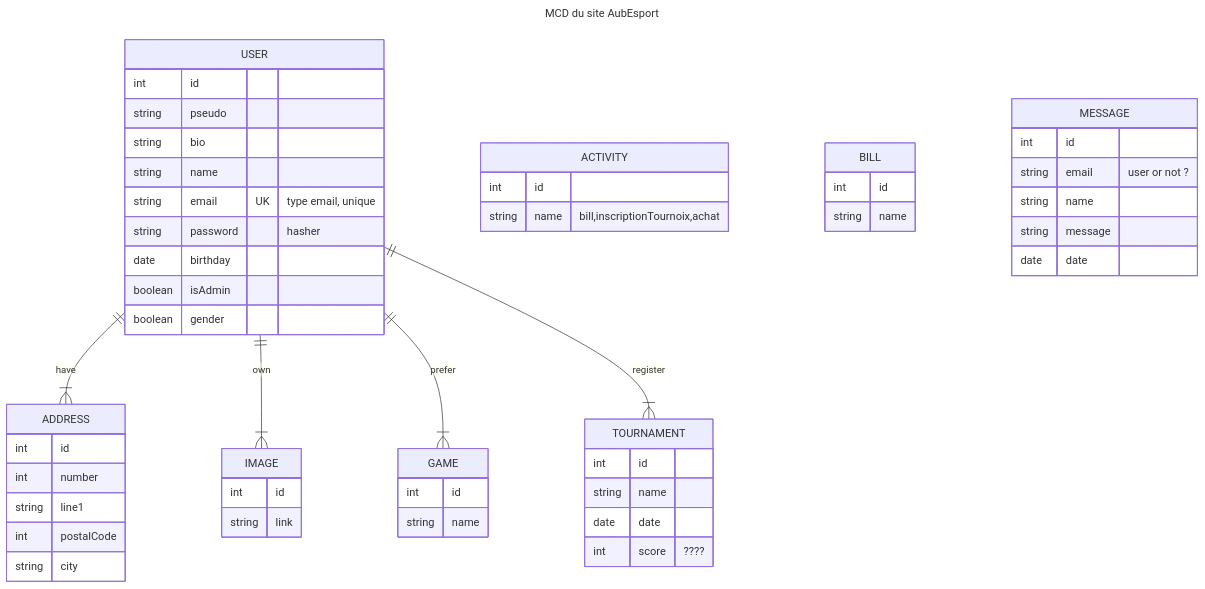
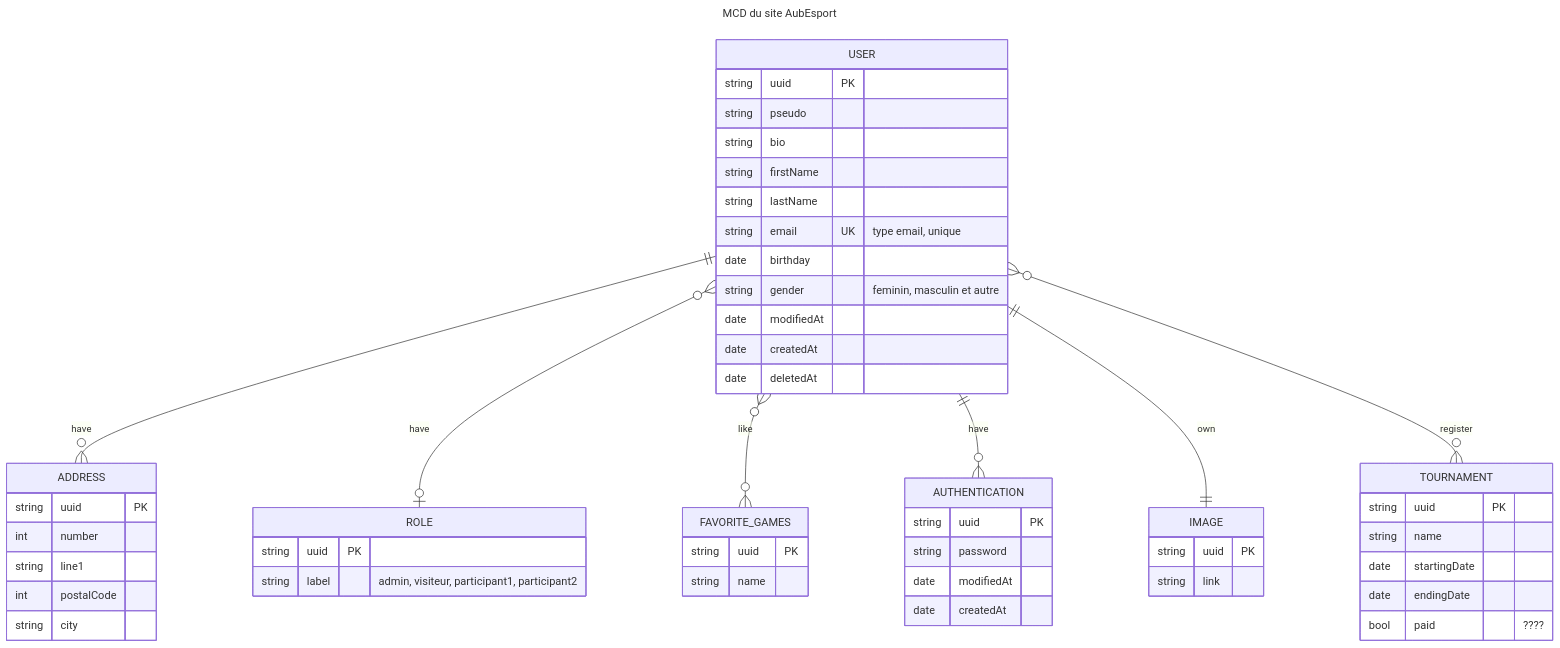
Before and after one commit to HueKhuc/Aubesport: the diagram in MCD.md, drawn with Mermaid.

````diff
--- a/MCD.md
+++ b/MCD.md
@@ -1,67 +1,70 @@
 ```mermaid
 ---
 title: MCD du site AubEsport
 ---
 erDiagram
-    USER ||--|{ ADDRESS : have
+    USER ||--o{ ADDRESS : have
     
+    USER }o--o| ROLE : have
+
+    ROLE {
+        string uuid PK
+        string label "admin, visiteur, participant1, participant2"
+    }
+
     USER {
-        int id
+        string uuid PK
         string pseudo
         string bio
-        string name
+        string firstName
+        string lastName
         string email UK "type email, unique"
-        string password "hasher"
         date birthday
-        boolean isAdmin
-        boolean gender
+        string gender "feminin, masculin et autre"
+        date modifiedAt
+        date createdAt
+        date deletedAt
     }
     
+    USER }o--o{ FAVORITE_GAMES : like
+    FAVORITE_GAMES {
+        string uuid PK
+        string name
+    }
+
+    USER ||--o{ AUTHENTICATION : have
+    AUTHENTICATION {
+        string uuid PK
+        string password
+        date modifiedAt
+        date createdAt
+    }
+
     ADDRESS {
-        int id
+        string uuid PK
         int number
         string line1
         int postalCode
         string city
     }
 
-    USER ||--|{ IMAGE : own
+    USER ||--|| IMAGE : own
     IMAGE {
-        int id
+        string uuid PK
         string link
     }
 
-    USER ||--|{ GAME : prefer
-    GAME {
-        int id
+
+    USER }o--o{  TOURNAMENT : register
+    TOURNAMENT {
+        string uuid PK
         string name
+        date startingDate
+        date endingDate
+        bool paid "????"
     }
 
-    ACTIVITY {
-        int id
-        string name "bill,inscriptionTournoix,achat"
-    }
 
-    USER ||--|{ TOURNAMENT : register
-    TOURNAMENT {
-        int id
-        string name
-        date date
-        int score "????"
-    }
-
-    BILL {
-        int id
-        string name
-    }
-
-    MESSAGE {
-        int id
-        string email "user or not ?"
-        string name
-        string message
-        date date
-    }
 
     
 ```
````
